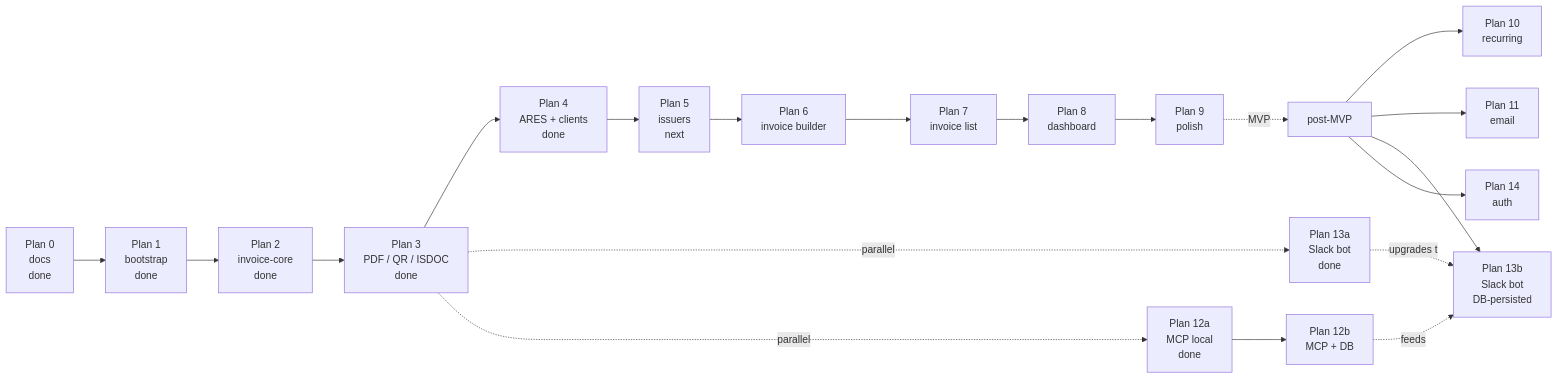
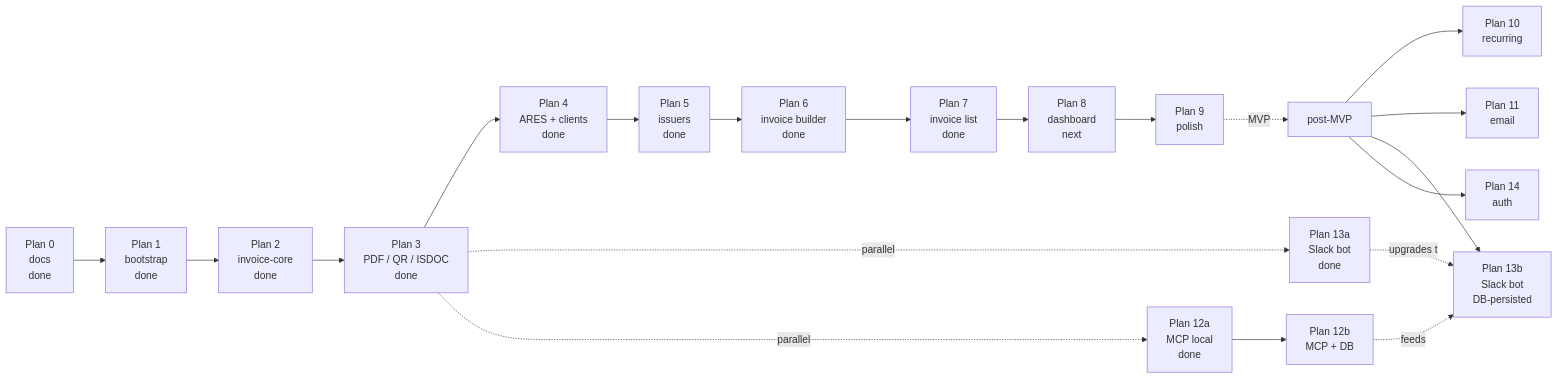
Before and after one commit to filipditrich/inveoiceyai: the diagram in docs/roadmap.md, drawn with Mermaid. The commit also changed other lines of this file and 40 other files, not shown here.

First line of the commit message:
feat(web): add issuers, invoice CRUD, and PDF/ISDOC downloads

````diff
--- a/docs/roadmap.md
+++ b/docs/roadmap.md
@@ -7,22 +7,22 @@
 ```mermaid
 flowchart LR
     P0["Plan 0<br/>docs<br/>done"] --> P1["Plan 1<br/>bootstrap<br/>done"]
     P1 --> P2["Plan 2<br/>invoice-core<br/>done"]
     P2 --> P3["Plan 3<br/>PDF / QR / ISDOC<br/>done"]
     P3 --> P4["Plan 4<br/>ARES + clients<br/>done"]
-    P4 --> P5["Plan 5<br/>issuers<br/>next"]
-    P5 --> P6["Plan 6<br/>invoice builder"]
-    P6 --> P7["Plan 7<br/>invoice list"]
-    P7 --> P8["Plan 8<br/>dashboard"]
+    P4 --> P5["Plan 5<br/>issuers<br/>done"]
+    P5 --> P6["Plan 6<br/>invoice builder<br/>done"]
+    P6 --> P7["Plan 7<br/>invoice list<br/>done"]
+    P7 --> P8["Plan 8<br/>dashboard<br/>next"]
     P8 --> P9["Plan 9<br/>polish"]
     P3 -.parallel.-> P13a["Plan 13a<br/>Slack bot<br/>done"]
     P3 -.parallel.-> P12a["Plan 12a<br/>MCP local<br/>done"]
     P9 -.MVP.-> Post["post-MVP"]
     Post --> P10["Plan 10<br/>recurring"]
     Post --> P11["Plan 11<br/>email"]
     P12a --> P12b["Plan 12b<br/>MCP + DB"]
     Post --> P13b["Plan 13b<br/>Slack bot<br/>DB-persisted"]
     Post --> P14["Plan 14<br/>auth"]
     P12b -.feeds.-> P13b
     P13a -.upgrades to.-> P13b
 ```
````
